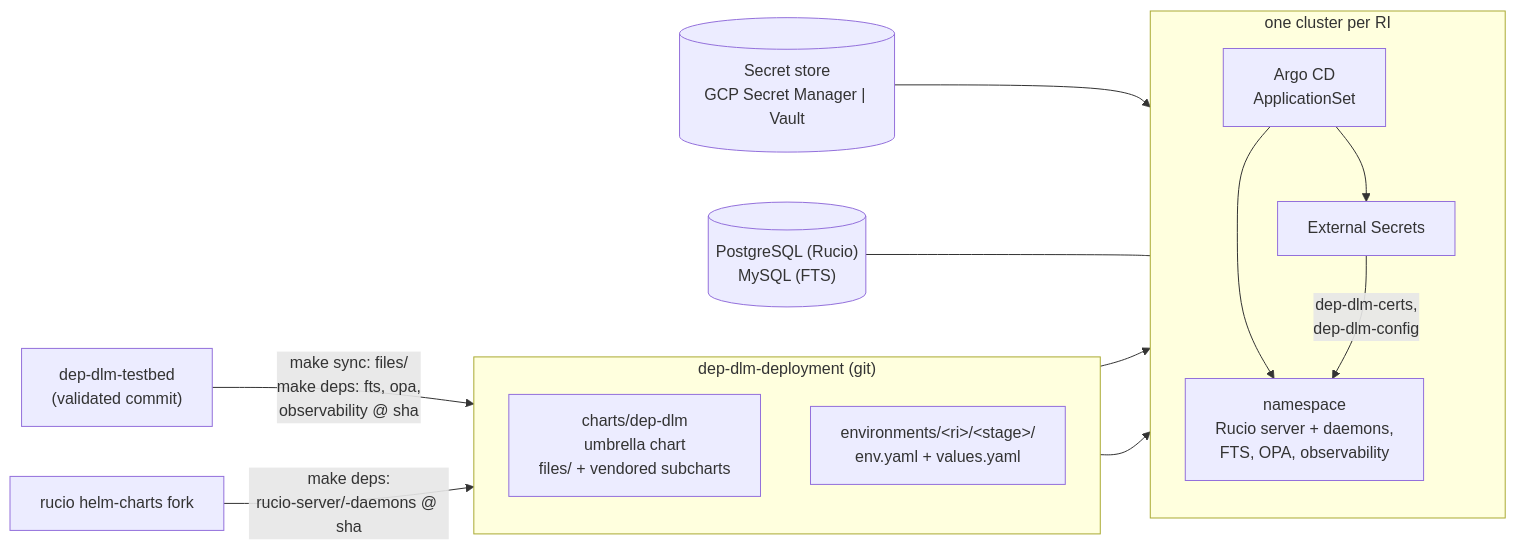
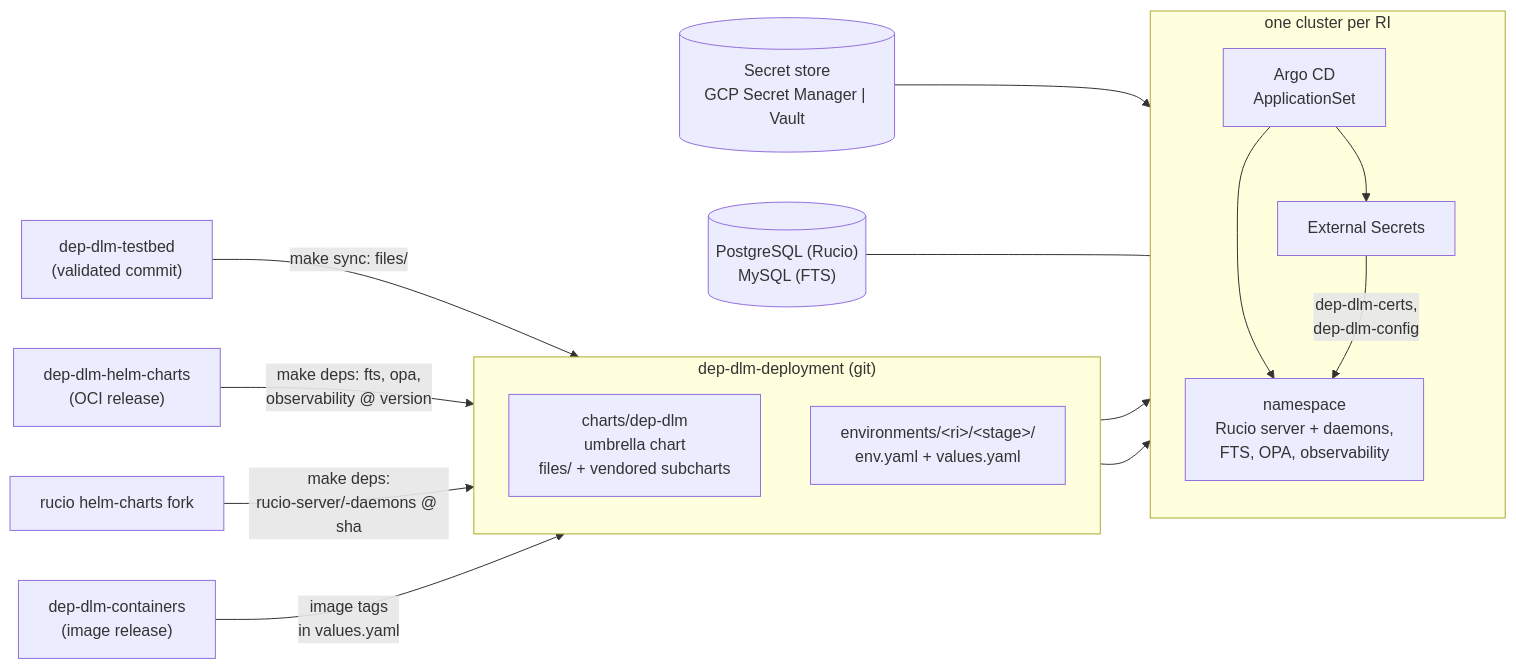
Before and after one commit to RI-SCALE/dep-dlm-deployment: the first of 3 diagrams in README.md, drawn with Mermaid. The commit also changed other lines of this file and 3 other files, not shown here.

First line of the commit message:
refactor: pull fts, opa and observability from dep-dlm-helm-charts

````diff
--- a/README.md
+++ b/README.md
@@ -13,25 +13,27 @@
 ```mermaid
 flowchart LR
   subgraph repo["dep-dlm-deployment (git)"]
     direction TB
     chart["charts/dep-dlm<br/>umbrella chart<br/>files/ + vendored subcharts"]
     envs["environments/&lt;ri&gt;/&lt;stage&gt;/<br/>env.yaml + values.yaml"]
   end
-  testbed["dep-dlm-testbed<br/>(validated commit)"] -- "make sync: files/<br/>make deps: fts, opa,<br/>observability @ sha" --> chart
+  testbed["dep-dlm-testbed<br/>(validated commit)"] -- "make sync: files/" --> chart
+  charts["dep-dlm-helm-charts<br/>(OCI release)"] -- "make deps: fts, opa,<br/>observability @ version" --> chart
   fork["rucio helm-charts fork"] -- "make deps:<br/>rucio-server/-daemons @ sha" --> chart
+  images["dep-dlm-containers<br/>(image release)"] -- "image tags<br/>in values.yaml" --> chart
 
   subgraph cluster["one cluster per RI"]
     direction TB
     argo["Argo CD<br/>ApplicationSet"]
     eso["External Secrets"]
     ns["namespace<br/>Rucio server + daemons,<br/>FTS, OPA, observability"]
     argo --> eso
     argo --> ns
     eso -- "dep-dlm-certs,<br/>dep-dlm-config" --> ns
   end
 
   chart --> argo
   envs --> argo
   store[("Secret store<br/>GCP Secret Manager | Vault")] --> eso
   db[("PostgreSQL (Rucio)<br/>MySQL (FTS)")] --- ns
 ```
````
